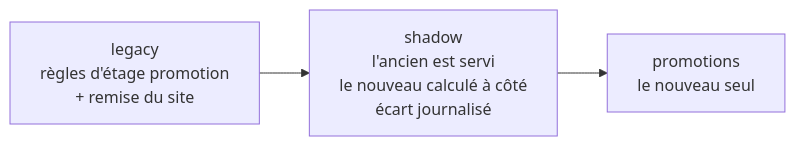
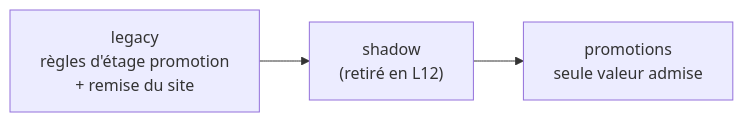
Before and after one commit to hugoheynard/lfd: the fifth of 7 diagrams in documentation/pricing/promotions.md, drawn with Mermaid. The commit also changed other lines of this file, not shown here.

First line of the commit message:
docs(promotions): la doc d'état rattrape L10, L12, le cumul et la multi-remise de panier

````diff
--- a/documentation/pricing/promotions.md
+++ b/documentation/pricing/promotions.md
@@ -144,5 +186,5 @@
 ```mermaid
 flowchart LR
-    A["legacy<br/>règles d'étage promotion<br/>+ remise du site"] --> B["shadow<br/>l'ancien est servi<br/>le nouveau calculé à côté<br/>écart journalisé"]
-    B --> C["promotions<br/>le nouveau seul"]
+    A["legacy<br/>règles d'étage promotion<br/>+ remise du site"] --> B["shadow<br/>(retiré en L12)"]
+    B --> C["promotions<br/>seule valeur admise"]
 ```
````
